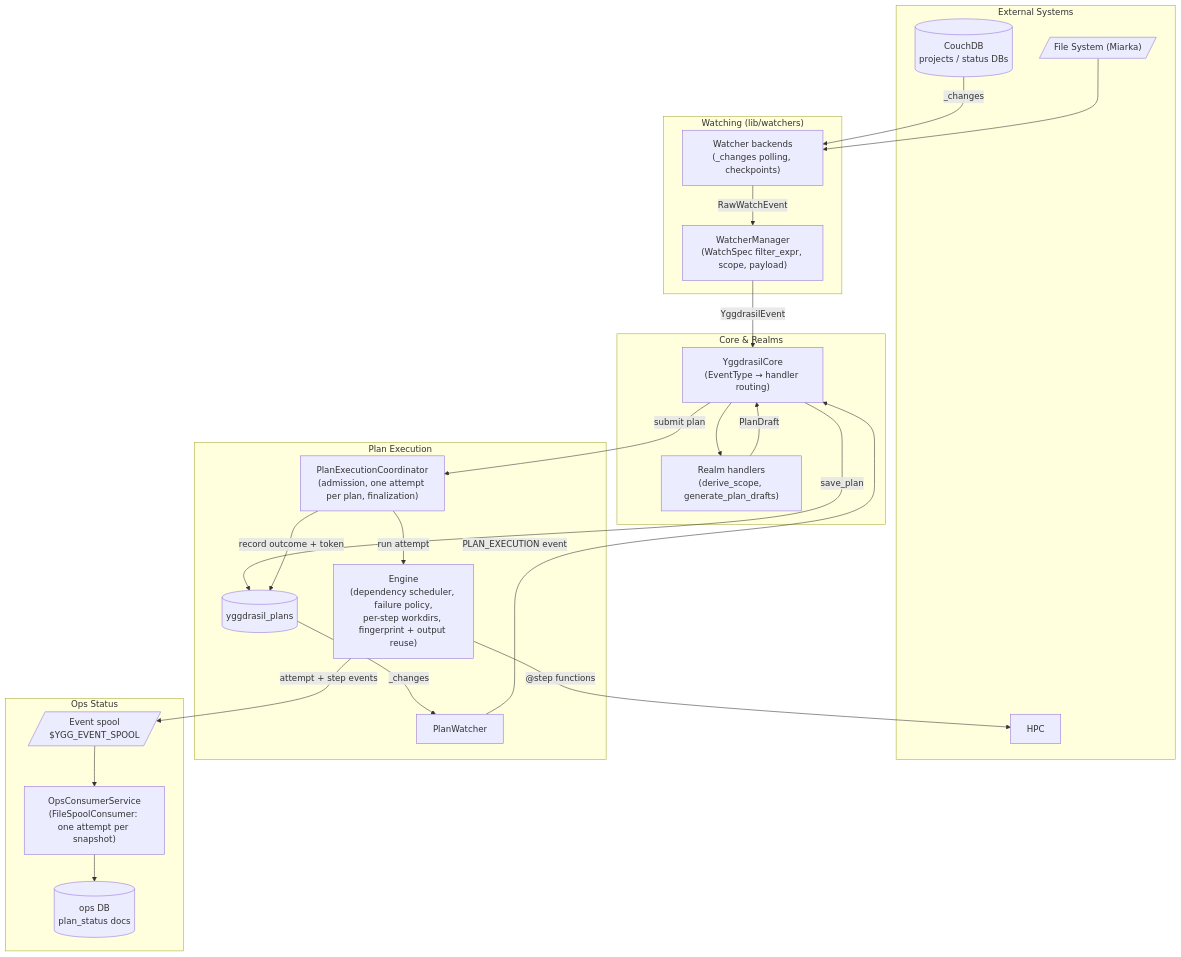
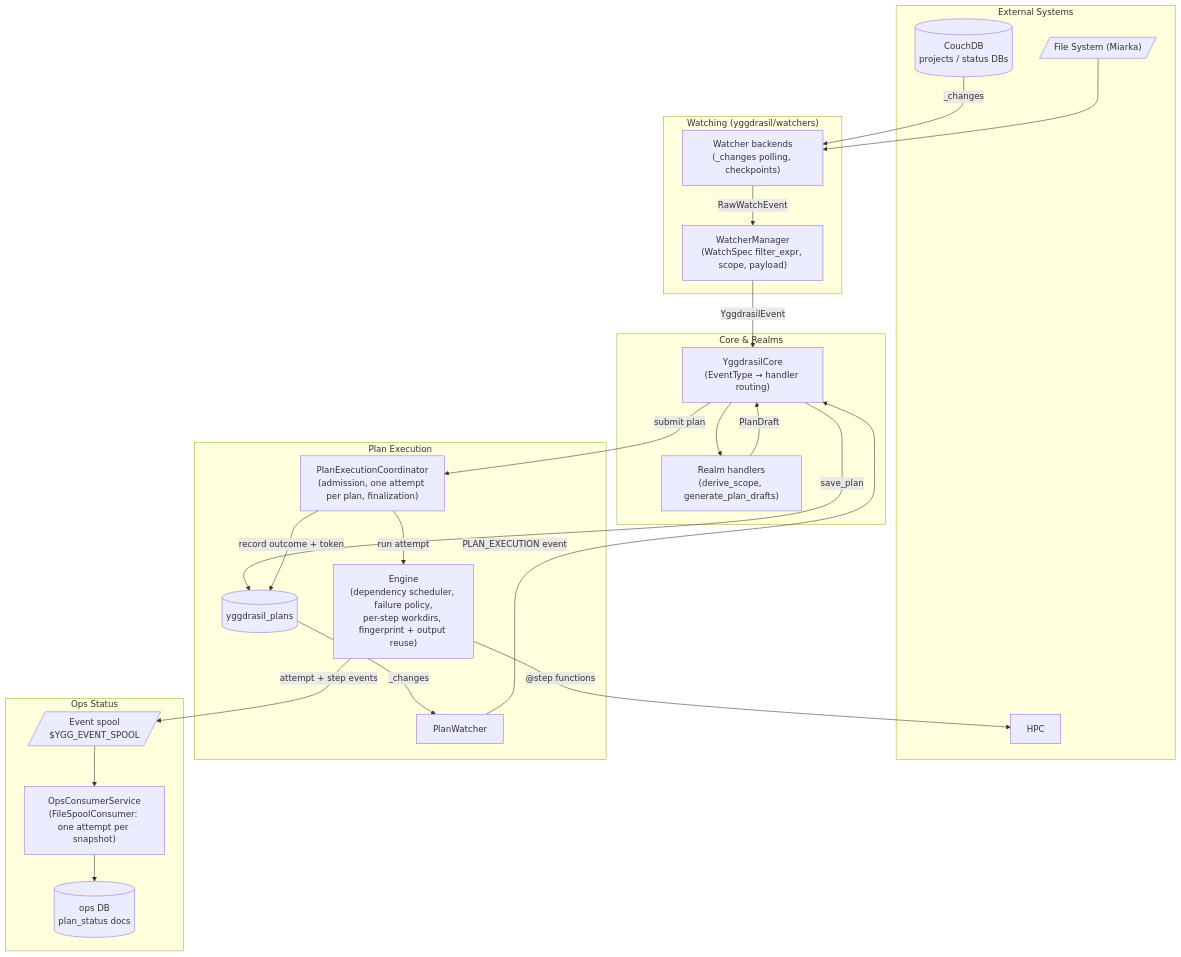
Before and after one commit to NationalGenomicsInfrastructure/Yggdrasil: the diagram in docs/diagrams/ygg_architecture.mmd, drawn with Mermaid. The commit also changed 7 other files, not shown here.

```diff
--- a/docs/diagrams/ygg_architecture.mmd
+++ b/docs/diagrams/ygg_architecture.mmd
@@ -1,46 +1,46 @@
 flowchart TB
     subgraph External["External Systems"]
       DB[("CouchDB<br/>projects / status DBs")]
       FS[/"File System (Miarka)"/]
       HPC[HPC]
     end
 
-    subgraph Watching["Watching (lib/watchers)"]
+    subgraph Watching["Watching (yggdrasil/watchers)"]
       WB["Watcher backends<br/>(_changes polling, checkpoints)"]
       WM["WatcherManager<br/>(WatchSpec filter_expr, scope, payload)"]
     end
 
     subgraph CoreRealms["Core & Realms"]
       Y["YggdrasilCore<br/>(EventType → handler routing)"]
       H["Realm handlers<br/>(derive_scope, generate_plan_drafts)"]
     end
 
     subgraph Execution["Plan Execution"]
       PDB[("yggdrasil_plans")]
       PW["PlanWatcher"]
       C["PlanExecutionCoordinator<br/>(admission, one attempt per plan, finalization)"]
       E["Engine<br/>(dependency scheduler, failure policy,<br/>per-step workdirs, fingerprint + output reuse)"]
     end
 
     subgraph Ops["Ops Status"]
       SP[/"Event spool<br/>$YGG_EVENT_SPOOL"/]
       OC["OpsConsumerService<br/>(FileSpoolConsumer: one attempt per snapshot)"]
       ODB[("ops DB<br/>plan_status docs")]
     end
 
     DB -->|"_changes"| WB
     FS --> WB
     WB -->|RawWatchEvent| WM
     WM -->|YggdrasilEvent| Y
     Y --> H
     H -->|PlanDraft| Y
     Y -->|save_plan| PDB
     PDB -->|"_changes"| PW
     PW -->|PLAN_EXECUTION event| Y
     Y -->|submit plan| C
     C -->|run attempt| E
     C -->|record outcome + token| PDB
     E -->|"@step functions"| HPC
     E -->|attempt + step events| SP
     SP --> OC
     OC --> ODB
```
